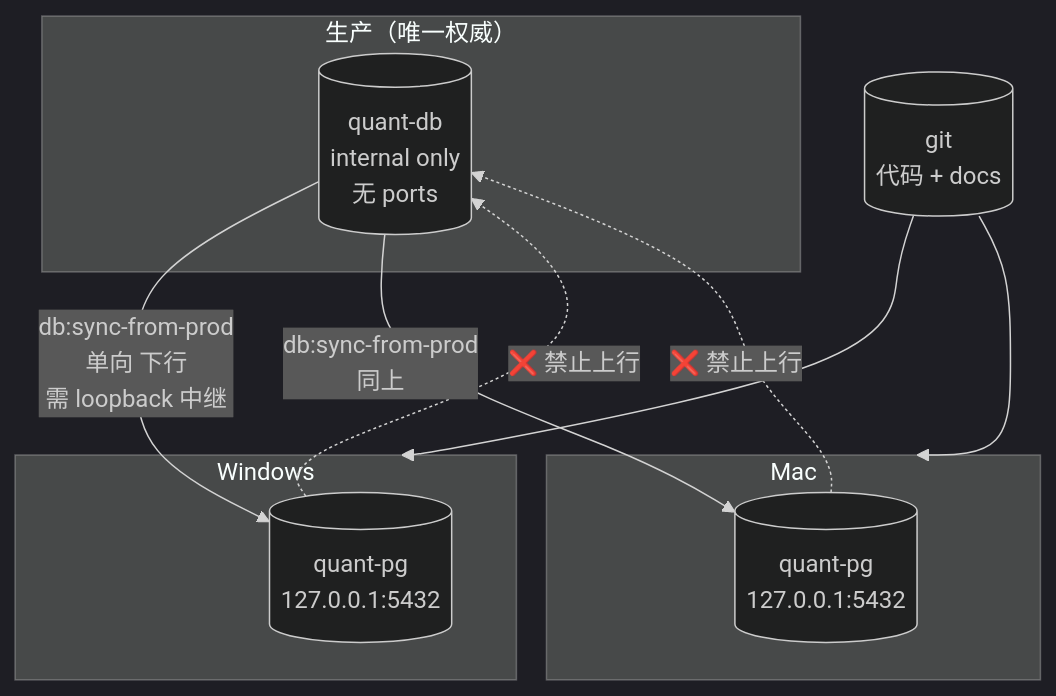
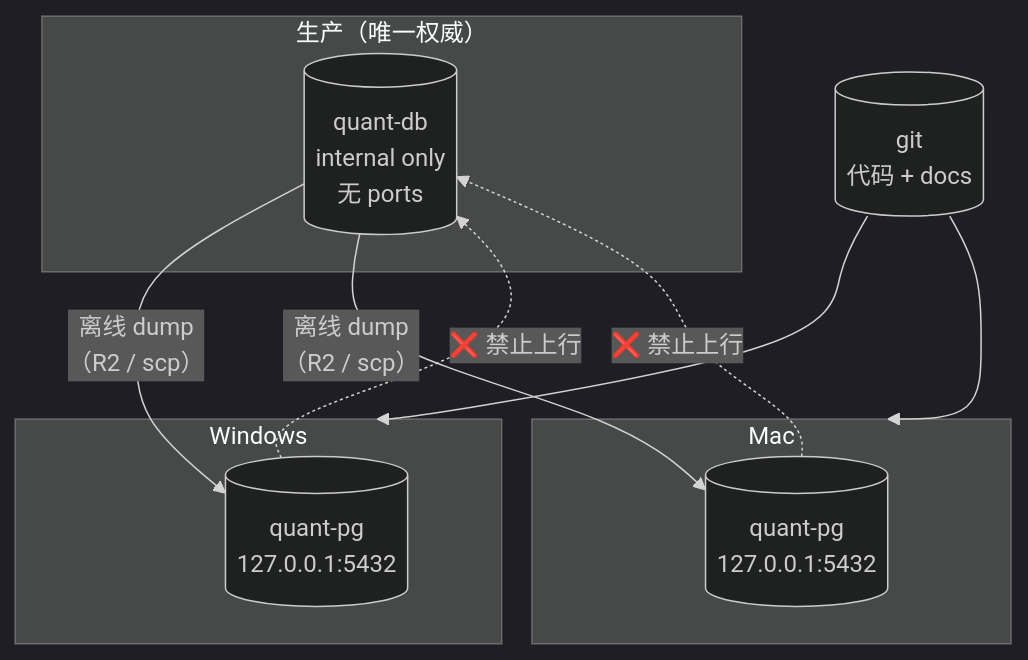
Before and after one commit to shuyuncong/quant: the diagram in docs/2026-10-16-多机开发环境方案.md, drawn with Mermaid (dark theme). The commit also changed other lines of this file and 1 other file, not shown here.

First line of the commit message:
docs: 多机开发数据库访问边界；更正上一条错误的 db:sync-from-prod 建议

````diff
--- a/docs/2026-10-16-多机开发环境方案.md
+++ b/docs/2026-10-16-多机开发环境方案.md
@@ -94,18 +94,18 @@
 ```mermaid
 flowchart TB
   subgraph prod["生产（唯一权威）"]
     PG[("quant-db<br/>internal only<br/>无 ports")]
   end
   subgraph win["Windows"]
     WPG[("quant-pg<br/>127.0.0.1:5432")]
   end
   subgraph mac["Mac"]
     MPG[("quant-pg<br/>127.0.0.1:5432")]
   end
   G[("git<br/>代码 + docs")] --> win
   G --> mac
-  PG -->|"db:sync-from-prod<br/>单向 下行<br/>需 loopback 中继"| WPG
-  PG -->|"db:sync-from-prod<br/>同上"| MPG
+  PG -->|"离线 dump<br/>（R2 / scp）"| WPG
+  PG -->|"离线 dump<br/>（R2 / scp）"| MPG
   WPG -.->|"❌ 禁止上行"| PG
   MPG -.->|"❌ 禁止上行"| PG
 ```
````
